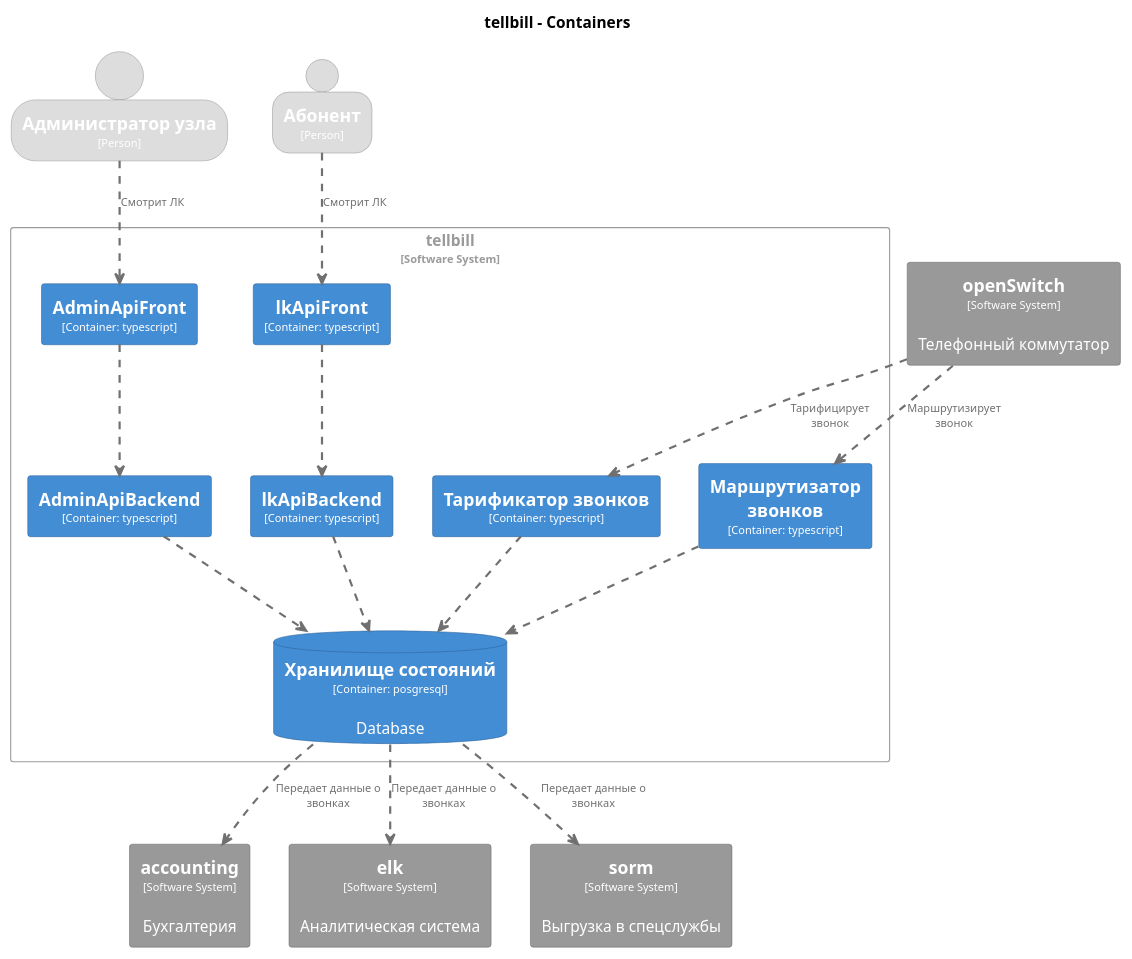
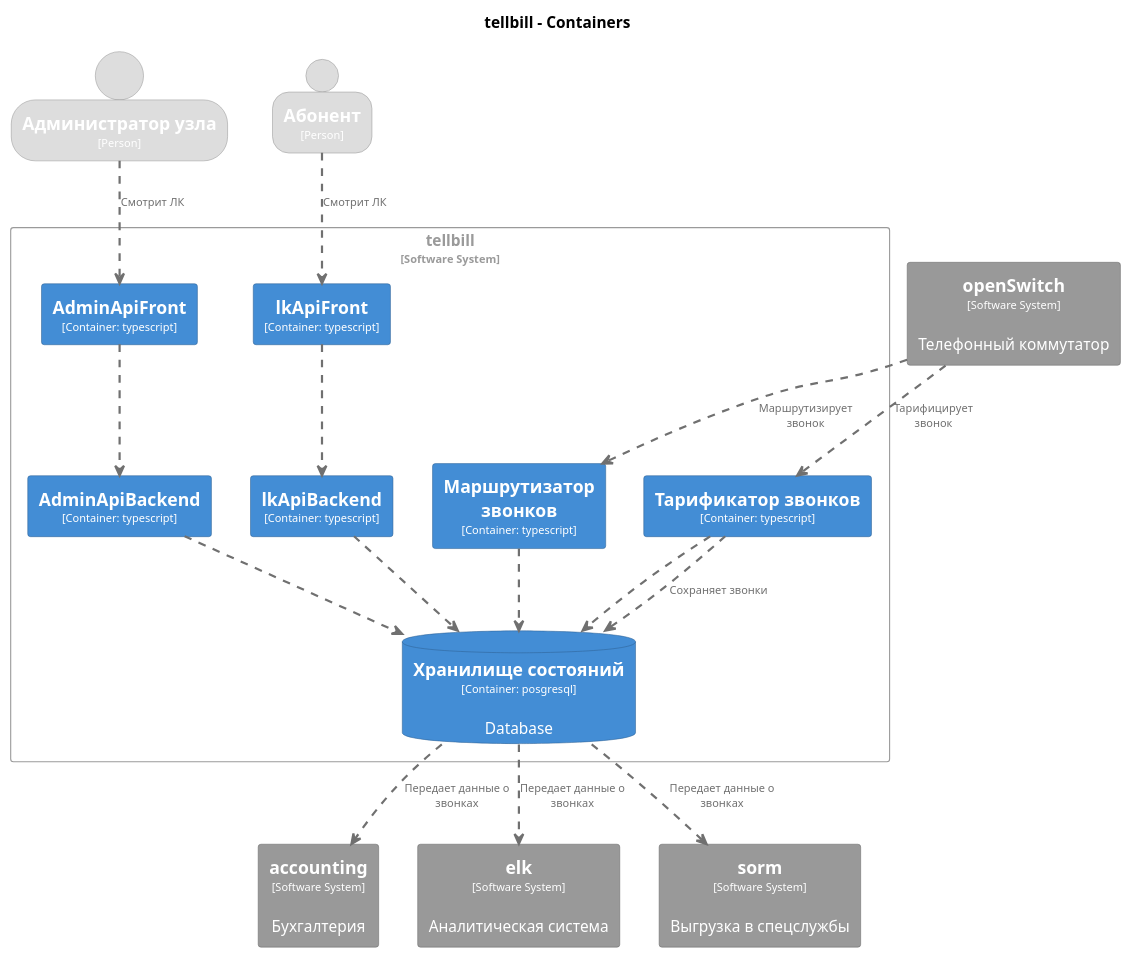
The diagram in docs/c4-dsl/plantuml/structurizr-Containers.puml (lfuuu/Diplom), drawn with PlantUML before and after one commit. The commit also changed 6 other files, not shown here.

```diff
--- a/docs/c4-dsl/plantuml/structurizr-Containers.puml
+++ b/docs/c4-dsl/plantuml/structurizr-Containers.puml
@@ -1,130 +1,131 @@
 @startuml
 set separator none
 title tellbill - Containers
 
 top to bottom direction
 
 skinparam {
   arrowFontSize 10
   defaultTextAlignment center
   wrapWidth 200
   maxMessageSize 100
 }
 
 hide stereotype
 
 skinparam rectangle<<tellbill.AdminApiBackend>> {
   BackgroundColor #438dd5
   FontColor #ffffff
   BorderColor #2e6295
   shadowing false
 }
 skinparam rectangle<<tellbill.AdminApiFront>> {
   BackgroundColor #438dd5
   FontColor #ffffff
   BorderColor #2e6295
   shadowing false
 }
 skinparam rectangle<<accounting>> {
   BackgroundColor #999999
   FontColor #ffffff
   BorderColor #6b6b6b
   shadowing false
 }
 skinparam rectangle<<elk>> {
   BackgroundColor #999999
   FontColor #ffffff
   BorderColor #6b6b6b
   shadowing false
 }
 skinparam rectangle<<tellbill.lkApiBackend>> {
   BackgroundColor #438dd5
   FontColor #ffffff
   BorderColor #2e6295
   shadowing false
 }
 skinparam rectangle<<tellbill.lkApiFront>> {
   BackgroundColor #438dd5
   FontColor #ffffff
   BorderColor #2e6295
   shadowing false
 }
 skinparam rectangle<<openSwitch>> {
   BackgroundColor #999999
   FontColor #ffffff
   BorderColor #6b6b6b
   shadowing false
 }
 skinparam rectangle<<sorm>> {
   BackgroundColor #999999
   FontColor #ffffff
   BorderColor #6b6b6b
   shadowing false
 }
 skinparam person<<Абонент>> {
   BackgroundColor #dddddd
   FontColor #ffffff
   BorderColor #9a9a9a
   shadowing false
 }
 skinparam person<<Администраторузла>> {
   BackgroundColor #dddddd
   FontColor #ffffff
   BorderColor #9a9a9a
   shadowing false
 }
 skinparam rectangle<<tellbill.Маршрутизаторзвонков>> {
   BackgroundColor #438dd5
   FontColor #ffffff
   BorderColor #2e6295
   shadowing false
 }
 skinparam rectangle<<tellbill.Тарификаторзвонков>> {
   BackgroundColor #438dd5
   FontColor #ffffff
   BorderColor #2e6295
   shadowing false
 }
 skinparam database<<tellbill.Хранилищесостояний>> {
   BackgroundColor #438dd5
   FontColor #ffffff
   BorderColor #2e6295
   shadowing false
 }
 skinparam rectangle<<tellbill>> {
   BorderColor #9a9a9a
   FontColor #9a9a9a
   shadowing false
 }
 
 person "==Администратор узла\n<size:10>[Person]</size>" <<Администраторузла>> as Администраторузла
 person "==Абонент\n<size:10>[Person]</size>" <<Абонент>> as Абонент
 rectangle "==openSwitch\n<size:10>[Software System]</size>\n\nТелефонный коммутатор" <<openSwitch>> as openSwitch
 rectangle "==accounting\n<size:10>[Software System]</size>\n\nБухгалтерия" <<accounting>> as accounting
 rectangle "==elk\n<size:10>[Software System]</size>\n\nАналитическая система" <<elk>> as elk
 rectangle "==sorm\n<size:10>[Software System]</size>\n\nВыгрузка в спецслужбы" <<sorm>> as sorm
 
 rectangle "tellbill\n<size:10>[Software System]</size>" <<tellbill>> {
+  rectangle "==Маршрутизатор звонков\n<size:10>[Container: typescript]</size>" <<tellbill.Маршрутизаторзвонков>> as tellbill.Маршрутизаторзвонков
   database "==Хранилище состояний\n<size:10>[Container: posgresql]</size>\n\nDatabase" <<tellbill.Хранилищесостояний>> as tellbill.Хранилищесостояний
   rectangle "==lkApiBackend\n<size:10>[Container: typescript]</size>" <<tellbill.lkApiBackend>> as tellbill.lkApiBackend
   rectangle "==lkApiFront\n<size:10>[Container: typescript]</size>" <<tellbill.lkApiFront>> as tellbill.lkApiFront
   rectangle "==AdminApiBackend\n<size:10>[Container: typescript]</size>" <<tellbill.AdminApiBackend>> as tellbill.AdminApiBackend
   rectangle "==AdminApiFront\n<size:10>[Container: typescript]</size>" <<tellbill.AdminApiFront>> as tellbill.AdminApiFront
   rectangle "==Тарификатор звонков\n<size:10>[Container: typescript]</size>" <<tellbill.Тарификаторзвонков>> as tellbill.Тарификаторзвонков
-  rectangle "==Маршрутизатор звонков\n<size:10>[Container: typescript]</size>" <<tellbill.Маршрутизаторзвонков>> as tellbill.Маршрутизаторзвонков
 }
 
+tellbill.Тарификаторзвонков .[#707070,thickness=2].> tellbill.Хранилищесостояний : "<color:#707070>Сохраняет звонки"
 tellbill.Тарификаторзвонков .[#707070,thickness=2].> tellbill.Хранилищесостояний : "<color:#707070>"
 tellbill.Маршрутизаторзвонков .[#707070,thickness=2].> tellbill.Хранилищесостояний : "<color:#707070>"
 tellbill.Хранилищесостояний .[#707070,thickness=2].> elk : "<color:#707070>Передает данные о звонках"
 tellbill.Хранилищесостояний .[#707070,thickness=2].> sorm : "<color:#707070>Передает данные о звонках"
 tellbill.Хранилищесостояний .[#707070,thickness=2].> accounting : "<color:#707070>Передает данные о звонках"
 tellbill.lkApiFront .[#707070,thickness=2].> tellbill.lkApiBackend : "<color:#707070>"
 tellbill.AdminApiFront .[#707070,thickness=2].> tellbill.AdminApiBackend : "<color:#707070>"
 tellbill.lkApiBackend .[#707070,thickness=2].> tellbill.Хранилищесостояний : "<color:#707070>"
 tellbill.AdminApiBackend .[#707070,thickness=2].> tellbill.Хранилищесостояний : "<color:#707070>"
 openSwitch .[#707070,thickness=2].> tellbill.Тарификаторзвонков : "<color:#707070>Тарифицирует звонок"
 openSwitch .[#707070,thickness=2].> tellbill.Маршрутизаторзвонков : "<color:#707070>Маршрутизирует звонок"
 Абонент .[#707070,thickness=2].> tellbill.lkApiFront : "<color:#707070>Смотрит ЛК"
 Администраторузла .[#707070,thickness=2].> tellbill.AdminApiFront : "<color:#707070>Смотрит ЛК"
 @enduml
```
